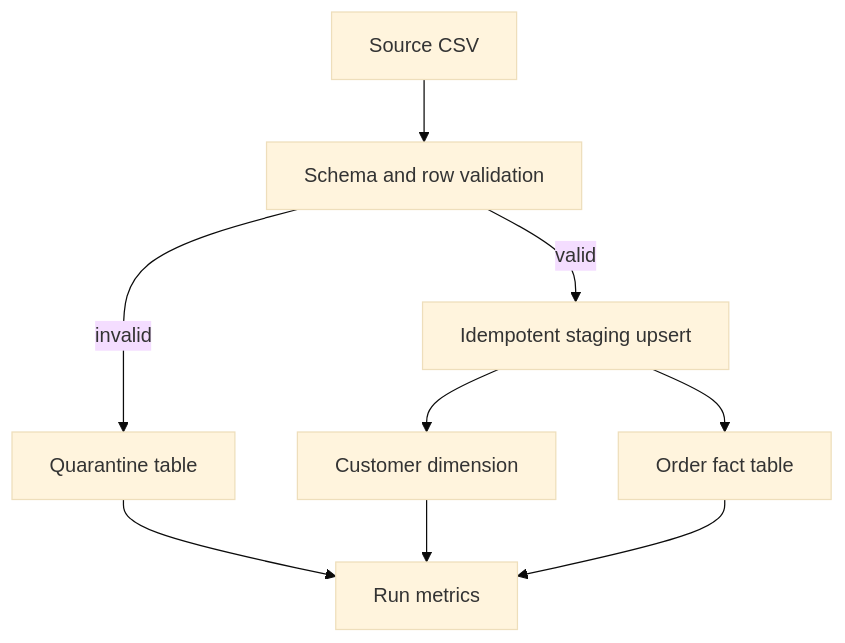
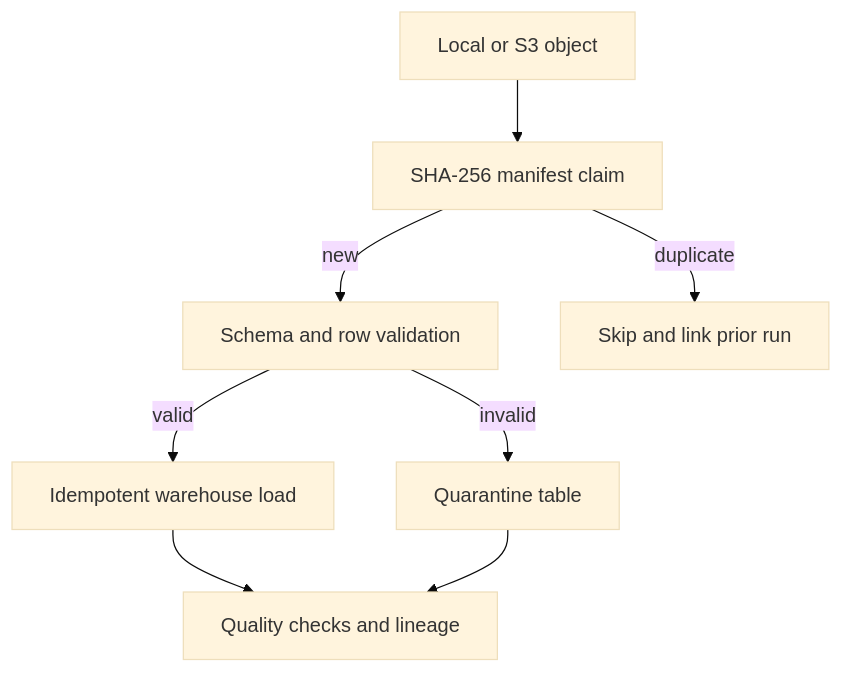
The diagram in docs/architecture.md (kdgmax/production-data-platform), drawn with Mermaid (base theme) before and after one commit. The commit also changed other lines of this file and 13 other files, not shown here.

````diff
--- a/docs/architecture.md
+++ b/docs/architecture.md
@@ -11,11 +11,10 @@
 ```mermaid
 flowchart TD
-    A["Source CSV"] --> B["Schema and row validation"]
-    B -->|valid| C["Idempotent staging upsert"]
-    B -->|invalid| D["Quarantine table"]
-    C --> E["Customer dimension"]
-    C --> F["Order fact table"]
-    D --> G["Run metrics"]
-    E --> G
+    A["Local or S3 object"] --> B["SHA-256 manifest claim"]
+    B -->|new| C["Schema and row validation"]
+    B -->|duplicate| D["Skip and link prior run"]
+    C -->|valid| E["Idempotent warehouse load"]
+    C -->|invalid| F["Quarantine table"]
+    E --> G["Quality checks and lineage"]
     F --> G
 ```
````
